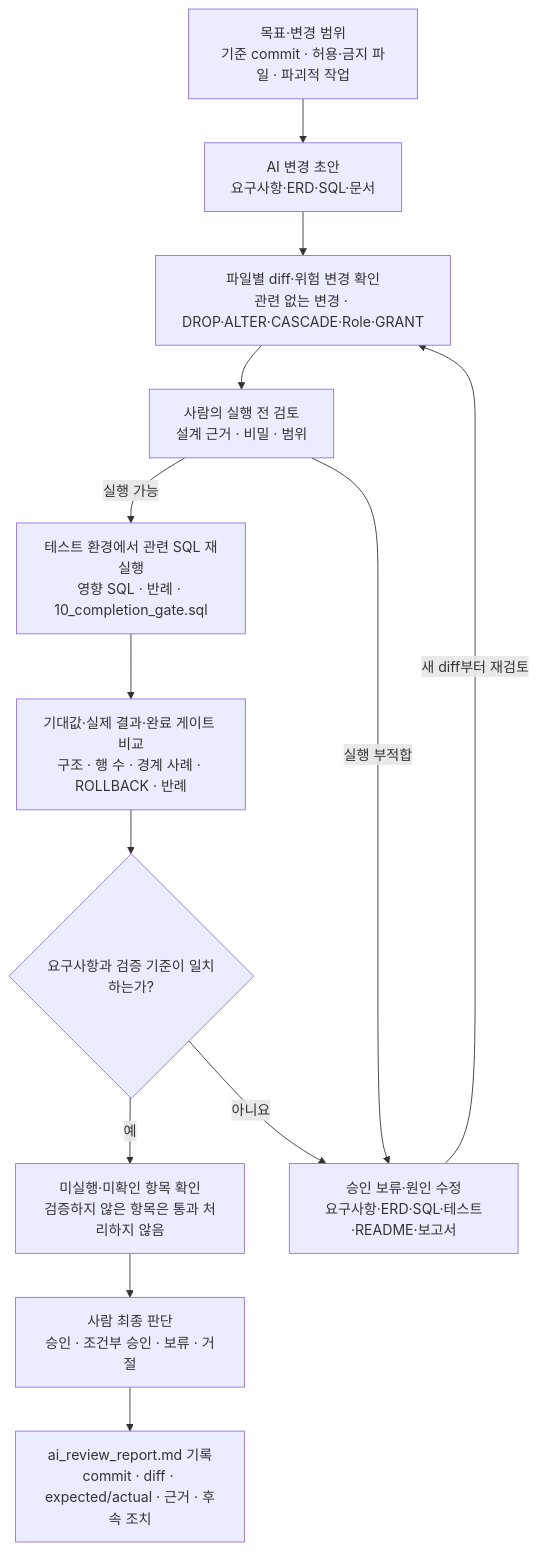
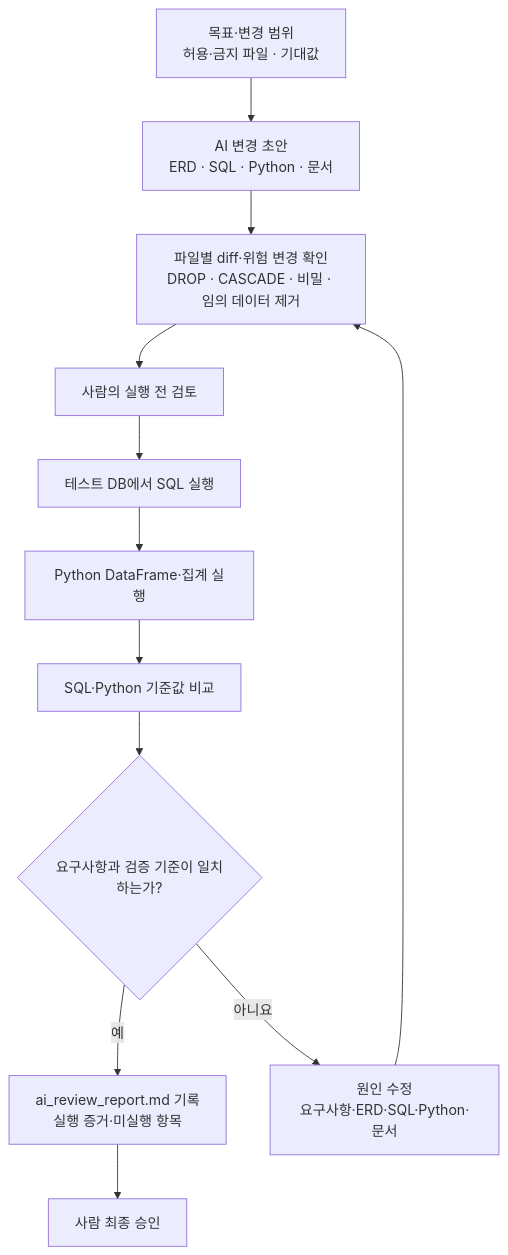
Before and after one commit to GilbertMoon/ai-database-book: the diagram in images/chapter15/ch15_05_ai_review_loop.mmd, drawn with Mermaid.

Commit message:
Update Chapter 15 AI review loop for Python analysis

```diff
--- a/images/chapter15/ch15_05_ai_review_loop.mmd
+++ b/images/chapter15/ch15_05_ai_review_loop.mmd
@@ -1,19 +1,17 @@
 flowchart TD
-    A["목표·변경 범위<br/>기준 commit · 허용·금지 파일 · 파괴적 작업"]
-    B["AI 변경 초안<br/>요구사항·ERD·SQL·문서"]
-    C["파일별 diff·위험 변경 확인<br/>관련 없는 변경 · DROP·ALTER·CASCADE·Role·GRANT"]
-    D["사람의 실행 전 검토<br/>설계 근거 · 비밀 · 범위"]
-    E["테스트 환경에서 관련 SQL 재실행<br/>영향 SQL · 반례 · 10_completion_gate.sql"]
-    F["기대값·실제 결과·완료 게이트 비교<br/>구조 · 행 수 · 경계 사례 · ROLLBACK · 반례"]
-    G{"요구사항과 검증 기준이 일치하는가?"}
-    H["미실행·미확인 항목 확인<br/>검증하지 않은 항목은 통과 처리하지 않음"]
-    I["사람 최종 판단<br/>승인 · 조건부 승인 · 보류 · 거절"]
-    J["ai_review_report.md 기록<br/>commit · diff · expected/actual · 근거 · 후속 조치"]
-    K["승인 보류·원인 수정<br/>요구사항·ERD·SQL·테스트·README·보고서"]
+    A[목표·변경 범위<br/>허용·금지 파일 · 기대값]
+    B[AI 변경 초안<br/>ERD · SQL · Python · 문서]
+    C[파일별 diff·위험 변경 확인<br/>DROP · CASCADE · 비밀 · 임의 데이터 제거]
+    D[사람의 실행 전 검토]
+    E[테스트 DB에서 SQL 실행]
+    F[Python DataFrame·집계 실행]
+    G[SQL·Python 기준값 비교]
+    H{요구사항과 검증 기준이 일치하는가?}
+    I[ai_review_report.md 기록<br/>실행 증거·미실행 항목]
+    J[사람 최종 승인]
+    K[원인 수정<br/>요구사항·ERD·SQL·Python·문서]
 
-    A --> B --> C --> D
-    D -- "실행 가능" --> E --> F --> G
-    D -- "실행 부적합" --> K
-    G -- "예" --> H --> I --> J
-    G -- "아니요" --> K
-    K -- "새 diff부터 재검토" --> C
+    A --> B --> C --> D --> E --> F --> G --> H
+    H -->|예| I --> J
+    H -->|아니요| K
+    K --> C
```
